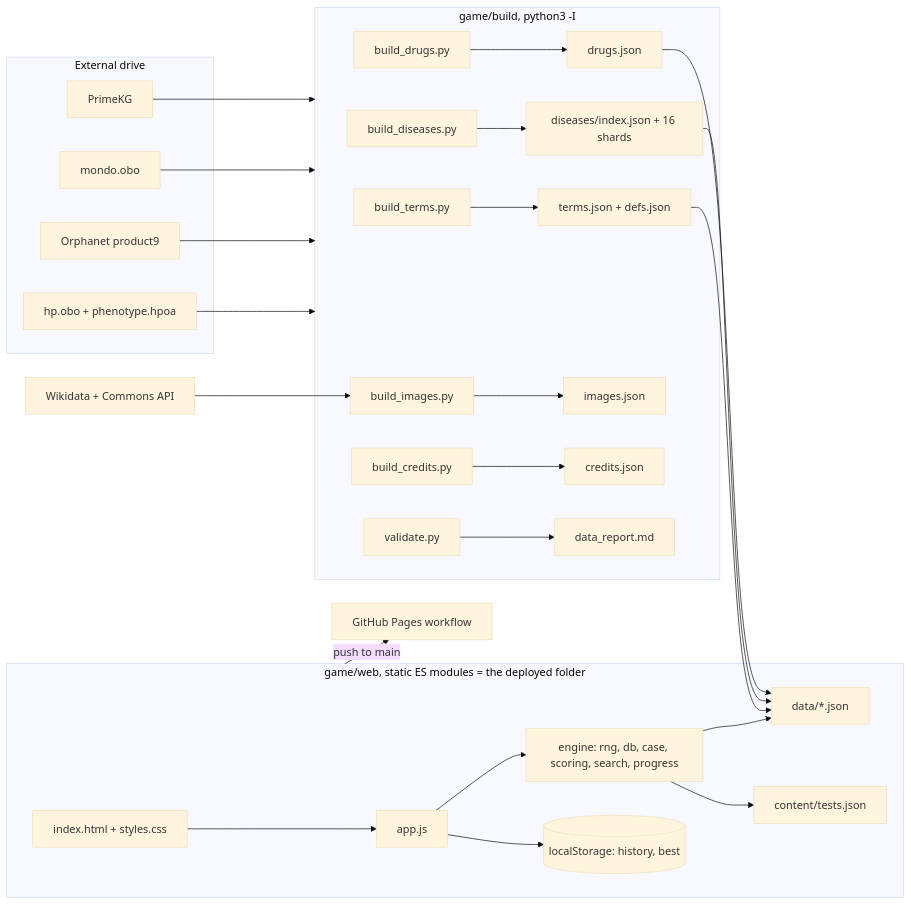
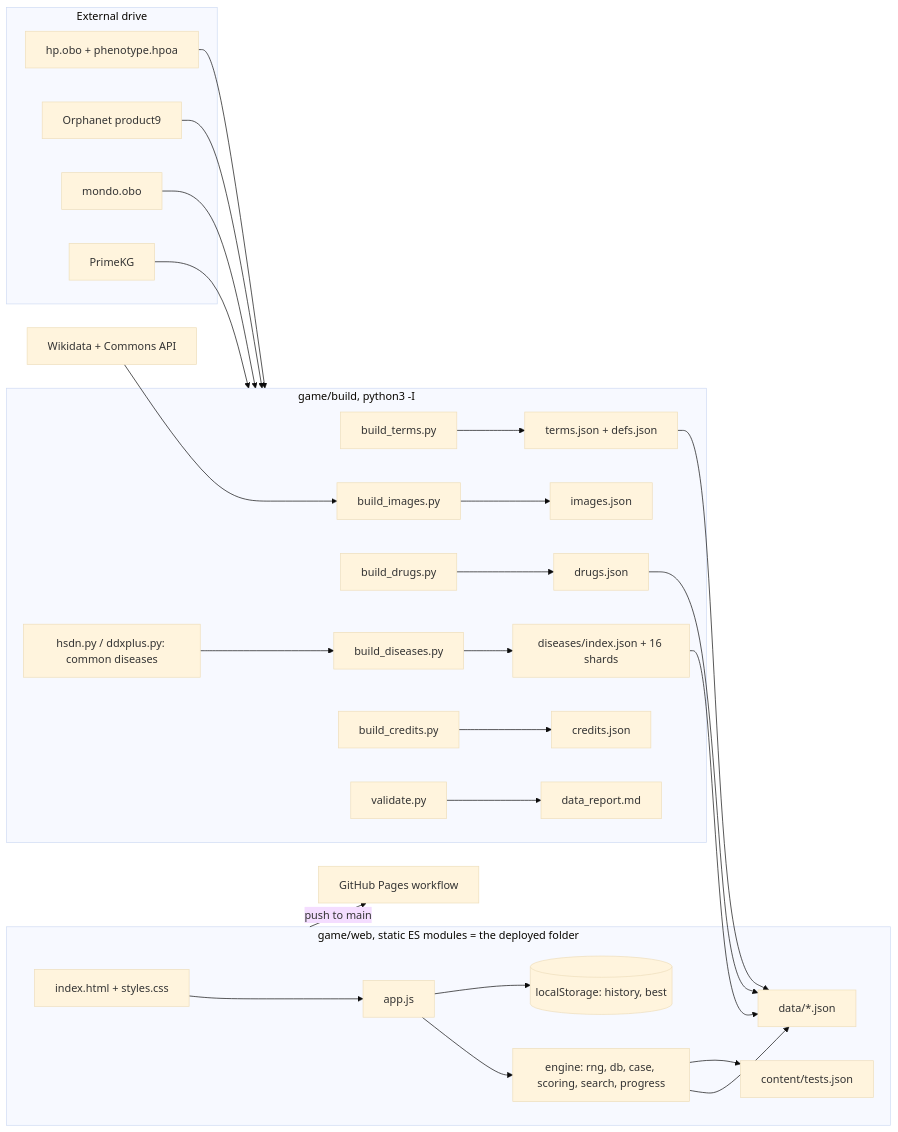
Before and after one commit to pcmoan70/DrDiagno: the second of 2 diagrams in ARCHITECTURE.md, drawn with Mermaid (base theme). The commit also changed other lines of this file and 33 other files, not shown here.

First line of the commit message:
Common diseases: 1,191 added from DDXPlus and the Human Symptoms-Disease Network

````diff
--- a/ARCHITECTURE.md
+++ b/ARCHITECTURE.md
@@ -58,28 +58,29 @@
 ```mermaid
 flowchart LR
   subgraph drive[External drive]
     HPO[hp.obo + phenotype.hpoa]
     ORPHA[Orphanet product9]
     MONDO[mondo.obo]
     PKG[PrimeKG]
   end
   subgraph build[game/build, python3 -I]
     BT[build_terms.py] --> TJ[terms.json + defs.json]
     BD[build_diseases.py] --> DJ[diseases/index.json + 16 shards]
+    HS[hsdn.py / ddxplus.py: common diseases] --> BD
     BR[build_drugs.py] --> RJ[drugs.json]
     BI[build_images.py] --> IJ[images.json]
     BC[build_credits.py] --> CJ[credits.json]
     V[validate.py] --> REP[data_report.md]
   end
   subgraph web[game/web, static ES modules = the deployed folder]
     IDX[index.html + styles.css] --> APP[app.js]
     APP --> ENG[engine: rng, db, case, scoring, search, progress]
     APP --> LS[(localStorage: history, best)]
     ENG --> DATA[data/*.json]
     ENG --> TESTS[content/tests.json]
   end
   WD[Wikidata + Commons API] --> BI
   HPO & ORPHA & MONDO & PKG --> build
   TJ & DJ & RJ --> DATA
   web -->|push to main| GH[GitHub Pages workflow]
 ```
````
